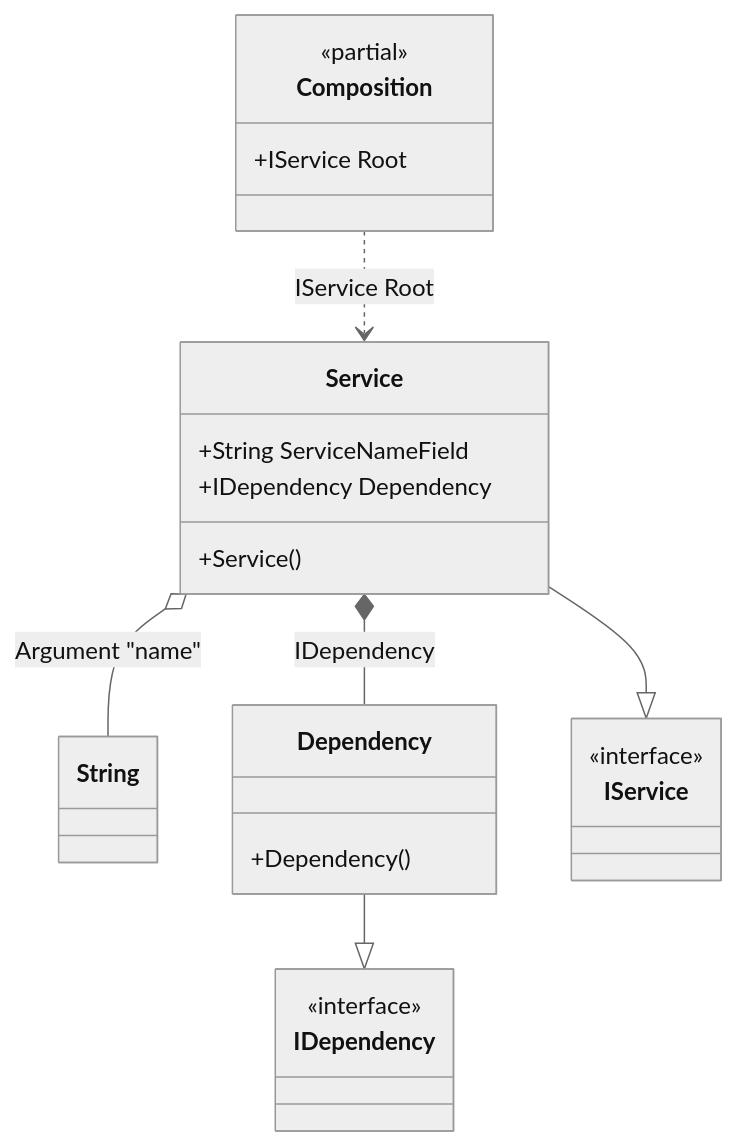
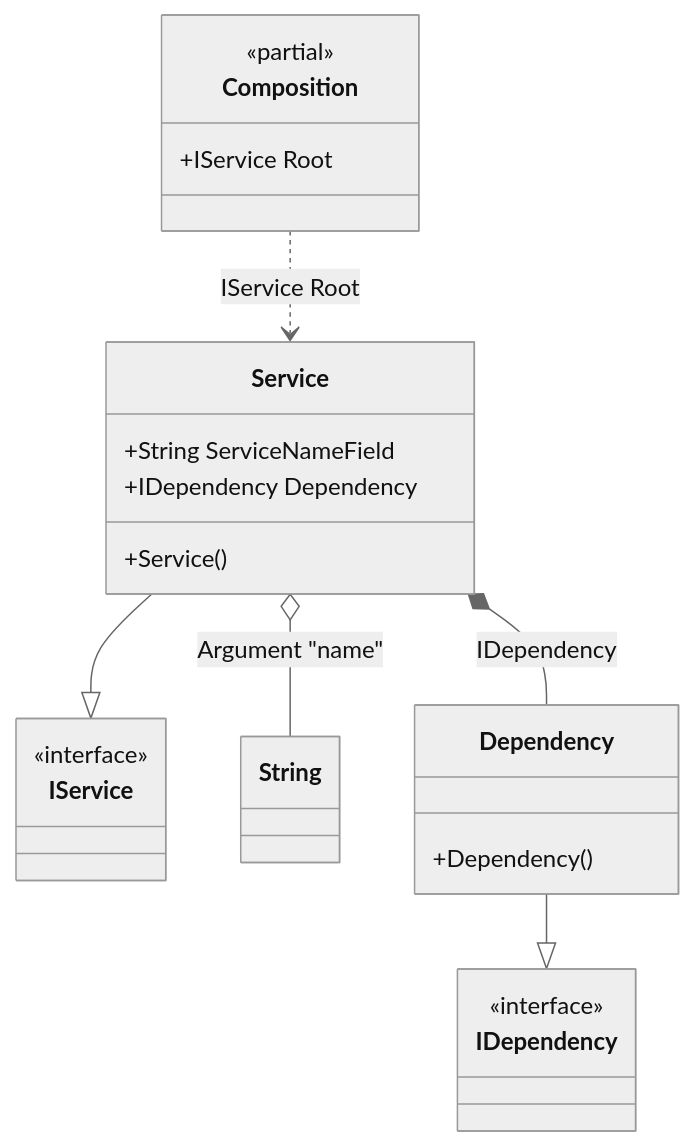
Before and after one commit to DevTeam/Pure.DI: the diagram in readme/required-properties-or-fields.md, drawn with Mermaid (neutral theme). The commit also changed other lines of this file and 92 other files, not shown here.

````diff
--- a/readme/required-properties-or-fields.md
+++ b/readme/required-properties-or-fields.md
@@ -80,27 +80,27 @@
 ```mermaid
 classDiagram
 	class Composition {
 		<<partial>>
 		+IService Root
-	}
-	class String
-	Dependency --|> IDependency
-	class Dependency {
-		+Dependency()
 	}
 	Service --|> IService
 	class Service {
 		+Service()
 		+String ServiceNameField
 		+IDependency Dependency
 	}
-	class IDependency {
+	class String
+	Dependency --|> IDependency
+	class Dependency {
+		+Dependency()
+	}
+	class IService {
 		<<interface>>
 	}
-	class IService {
+	class IDependency {
 		<<interface>>
 	}
 	Composition ..> Service : IService Root
 	Service o-- String : Argument "name"
 	Service *--  Dependency : IDependency
 ```
````
